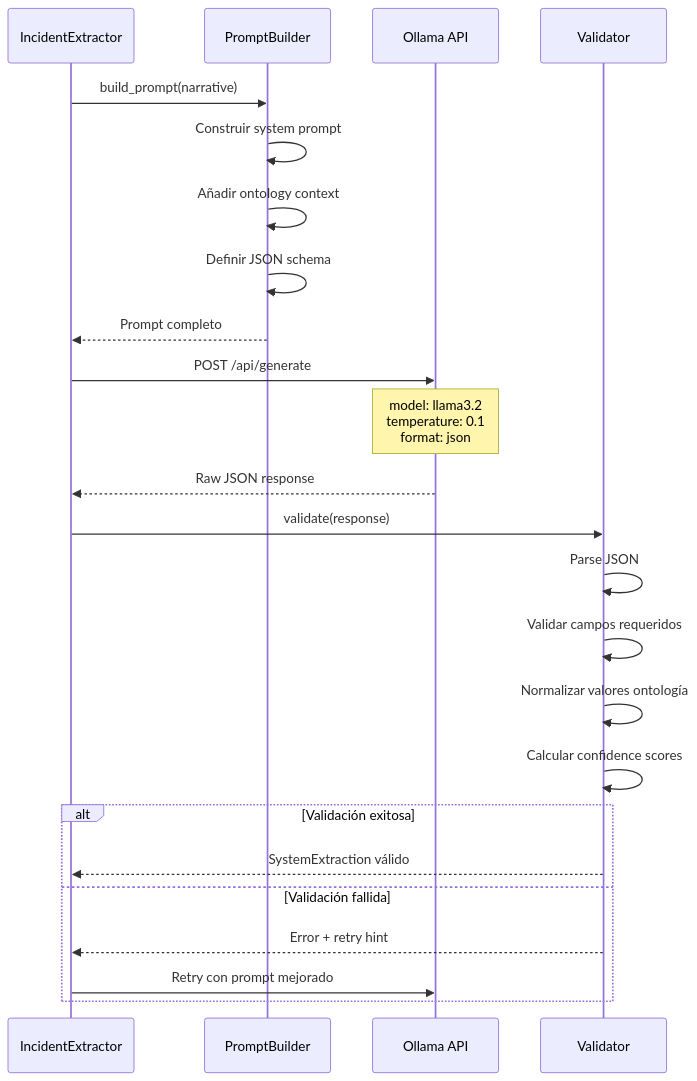
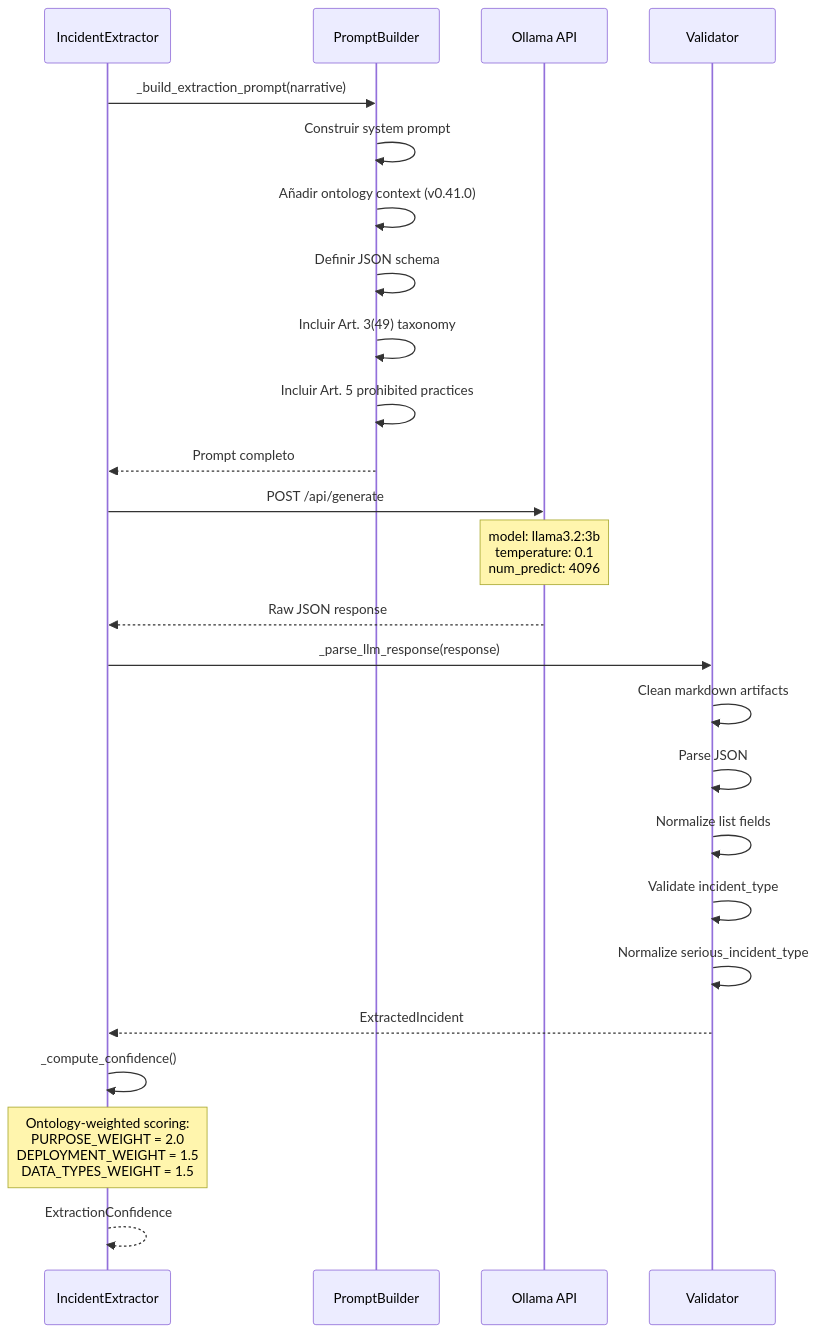
Before and after one commit to cartesiosson/ai_act_project: the fifth of 7 diagrams in forensic_agent/README.md, drawn with Mermaid. The commit also changed other lines of this file, not shown here.

````diff
--- a/forensic_agent/README.md
+++ b/forensic_agent/README.md
@@ -277,31 +296,33 @@
 ```mermaid
 sequenceDiagram
     participant IE as IncidentExtractor
-    participant PP as PromptBuilder
-    participant LLM as Ollama API
+    participant PB as PromptBuilder
+    participant OL as Ollama API
     participant VP as Validator
 
-    IE->>PP: build_prompt(narrative)
-    PP->>PP: Construir system prompt
-    PP->>PP: Añadir ontology context
-    PP->>PP: Definir JSON schema
-    PP-->>IE: Prompt completo
+    IE->>PB: _build_extraction_prompt(narrative)
+    PB->>PB: Construir system prompt
+    PB->>PB: Añadir ontology context (v0.41.0)
+    PB->>PB: Definir JSON schema
+    PB->>PB: Incluir Art. 3(49) taxonomy
+    PB->>PB: Incluir Art. 5 prohibited practices
+    PB-->>IE: Prompt completo
 
-    IE->>LLM: POST /api/generate
-    Note over LLM: model: llama3.2<br/>temperature: 0.1<br/>format: json
+    IE->>OL: POST /api/generate
+    Note over OL: model: llama3.2:3b<br/>temperature: 0.1<br/>num_predict: 4096
 
-    LLM-->>IE: Raw JSON response
+    OL-->>IE: Raw JSON response
 
-    IE->>VP: validate(response)
+    IE->>VP: _parse_llm_response(response)
+    VP->>VP: Clean markdown artifacts
     VP->>VP: Parse JSON
-    VP->>VP: Validar campos requeridos
-    VP->>VP: Normalizar valores ontología
-    VP->>VP: Calcular confidence scores
+    VP->>VP: Normalize list fields
+    VP->>VP: Validate incident_type
+    VP->>VP: Normalize serious_incident_type
+    VP-->>IE: ExtractedIncident
 
-    alt Validación exitosa
-        VP-->>IE: SystemExtraction válido
-    else Validación fallida
-        VP-->>IE: Error + retry hint
-        IE->>LLM: Retry con prompt mejorado
-    end
+    IE->>IE: _compute_confidence()
+    Note over IE: Ontology-weighted scoring:<br/>PURPOSE_WEIGHT = 2.0<br/>DEPLOYMENT_WEIGHT = 1.5<br/>DATA_TYPES_WEIGHT = 1.5
+
+    IE-->>IE: ExtractionConfidence
 ```
````
